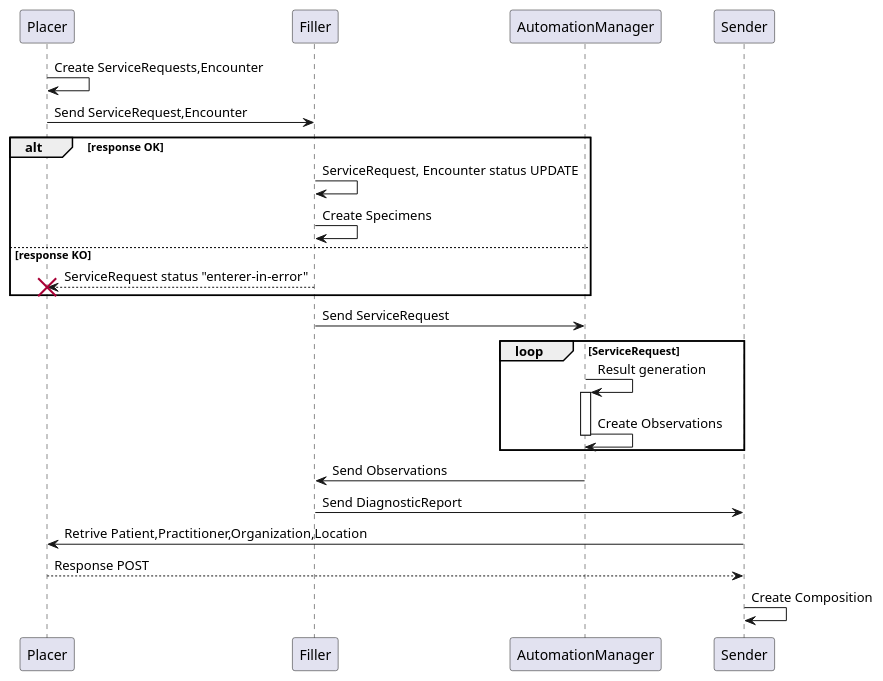
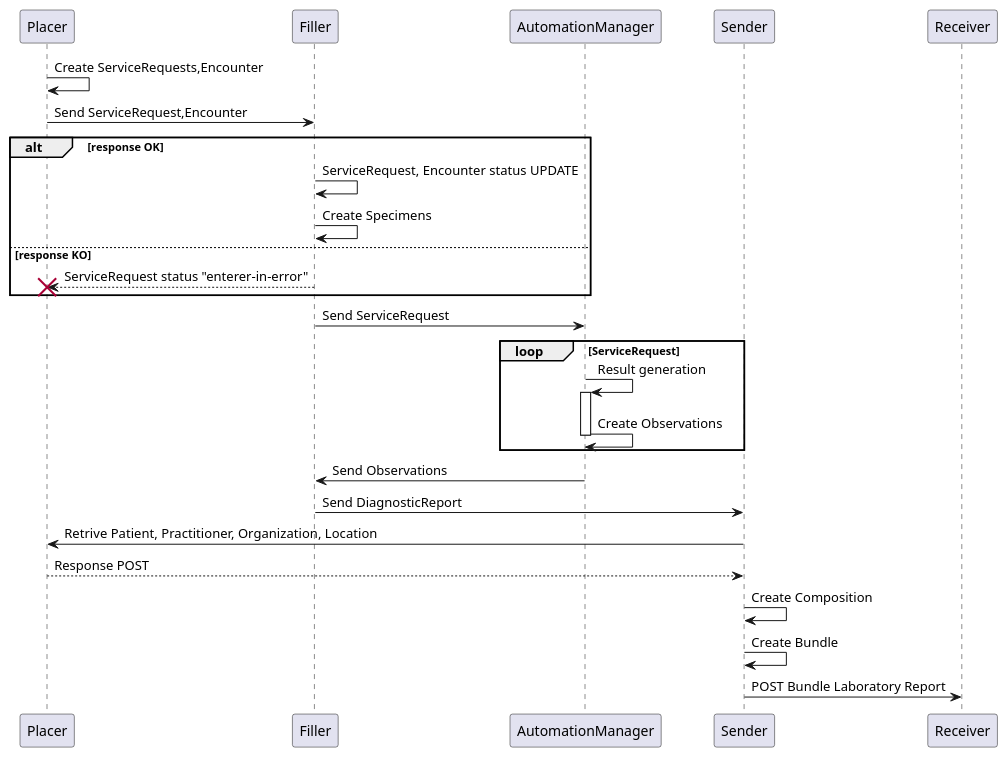
The diagram in input/images-source/esempio.plantuml (hl7-it/lab-report), drawn with PlantUML before and after one commit. The commit also changed 39 other files, not shown here.

```diff
--- a/input/images-source/esempio.plantuml
+++ b/input/images-source/esempio.plantuml
@@ -1,24 +1,25 @@
 @startuml
 Placer -> Placer: Create ServiceRequests,Encounter
 
 Placer -> Filler: Send ServiceRequest,Encounter
 
 alt response OK
     Filler -> Filler: ServiceRequest, Encounter status UPDATE
     Filler -> Filler: Create Specimens
 else response KO
     Filler --> Placer !!: ServiceRequest status "enterer-in-error"
 end
 
 Filler -> AutomationManager: Send ServiceRequest
     loop ServiceRequest
         AutomationManager -> AutomationManager ++: Result generation
         AutomationManager -> AutomationManager --: Create Observations 
     end
 AutomationManager -> Filler: Send Observations
 Filler -> Sender: Send DiagnosticReport
-Sender -> Placer: Retrive Patient,Practitioner,Organization,Location
+Sender -> Placer: Retrive Patient, Practitioner, Organization, Location
 Placer --> Sender: Response POST
 Sender -> Sender: Create Composition
-
+Sender -> Sender: Create Bundle
+Sender -> Receiver: POST Bundle Laboratory Report
 @enduml
```
